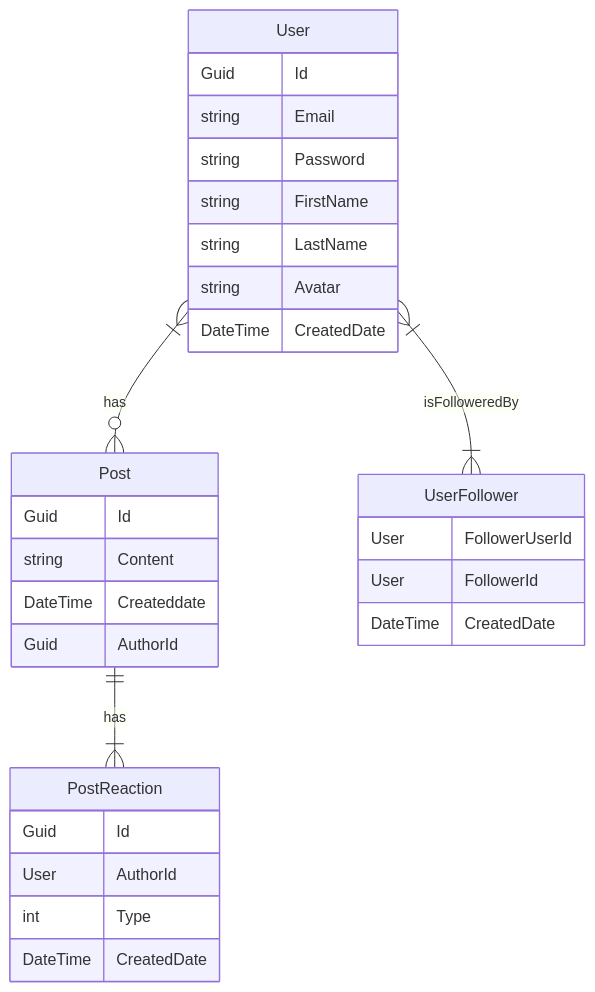
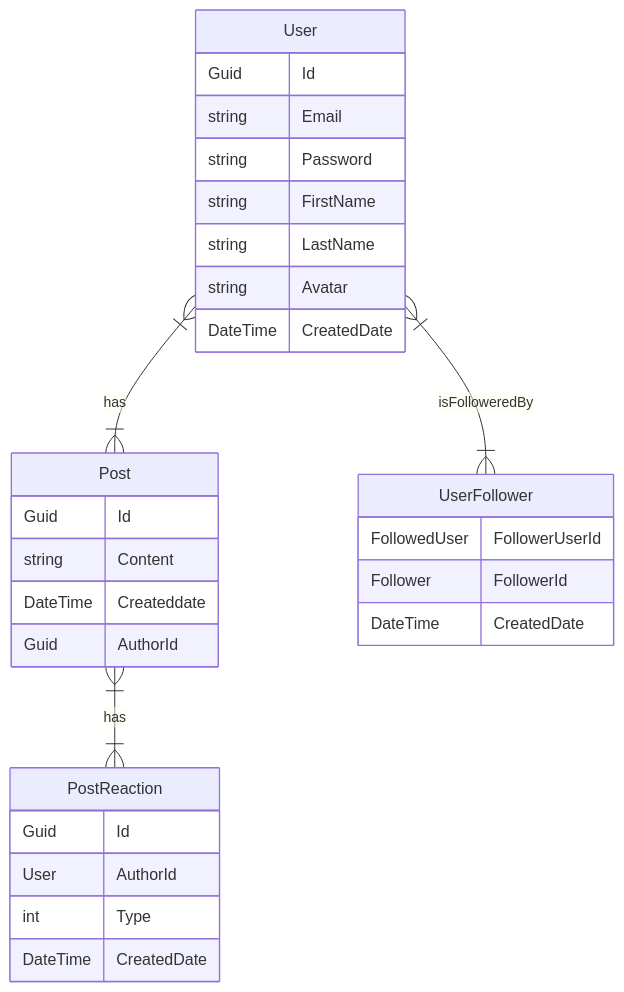
Before and after one commit to sobuse/InstagramClone: the diagram in src/InstagramClone.Api/Entities/InstagramClone.md, drawn with Mermaid.

Commit message:
changed the types and relationship syntax on my erDiagram

````diff
--- a/src/InstagramClone.Api/Entities/InstagramClone.md
+++ b/src/InstagramClone.Api/Entities/InstagramClone.md
@@ -3,37 +3,37 @@
 ```mermaid
 erDiagram
 
-    User |{--o{Post:has
-    Post ||--|{PostReaction: has 
+    User }|--|{Post:has
+    Post }|--|{PostReaction: has 
     User}|--|{UserFollower: isFolloweredBy 
     User{
        Guid Id
        string Email
        string Password
        string FirstName
        string LastName
        string Avatar
        DateTime CreatedDate
     }
 
     UserFollower{
-        User FollowerUserId
-        User FollowerId
+        FollowedUser FollowerUserId
+        Follower FollowerId
         DateTime CreatedDate
     }
 
     Post{
         Guid Id
         string Content
         DateTime Createddate
         Guid AuthorId
     }
 
     PostReaction{
         Guid Id
         User AuthorId
         int Type
         DateTime CreatedDate
     }
 
 ```
````
